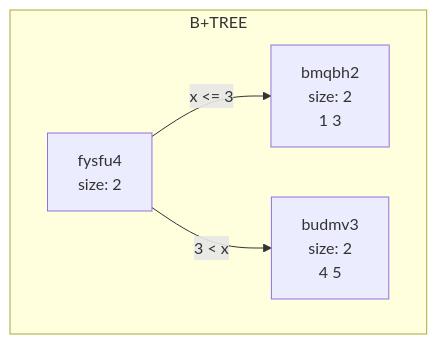
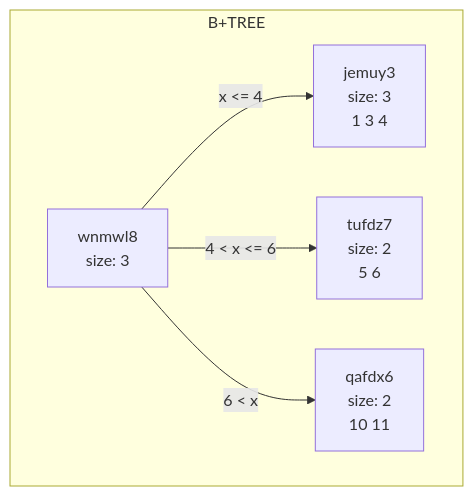
Before and after one commit to princevarshney05/BPTree: the first of 2 diagrams in data/chart.md, drawn with Mermaid. The commit also changed other lines of this file and 1 other file, not shown here.

Commit message:
delete internal when child internal done merging

````diff
--- a/data/chart.md
+++ b/data/chart.md
@@ -1,10 +1,12 @@
 ```mermaid
 graph TD
 subgraph B+TREE
-fysfu4[fysfu4<br/>size: 2<br/>]
-bmqbh2[bmqbh2<br/>size: 2<br/>1 3 ]
-fysfu4-->|x <= 3|bmqbh2
-budmv3[budmv3<br/>size: 2<br/>4 5 ]
-fysfu4-->|3 < x|budmv3
+wnmwl8[wnmwl8<br/>size: 3<br/>]
+jemuy3[jemuy3<br/>size: 3<br/>1 3 4 ]
+wnmwl8-->|x <= 4|jemuy3
+tufdz7[tufdz7<br/>size: 2<br/>5 6 ]
+wnmwl8-->|4 < x <= 6|tufdz7
+qafdx6[qafdx6<br/>size: 2<br/>10 11 ]
+wnmwl8-->|6 < x|qafdx6
 end
 ```
````
